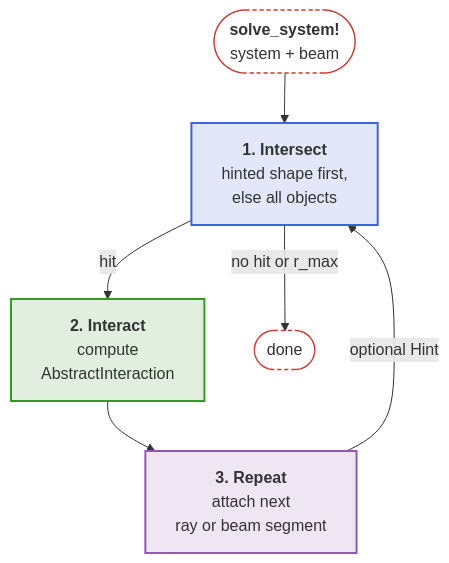
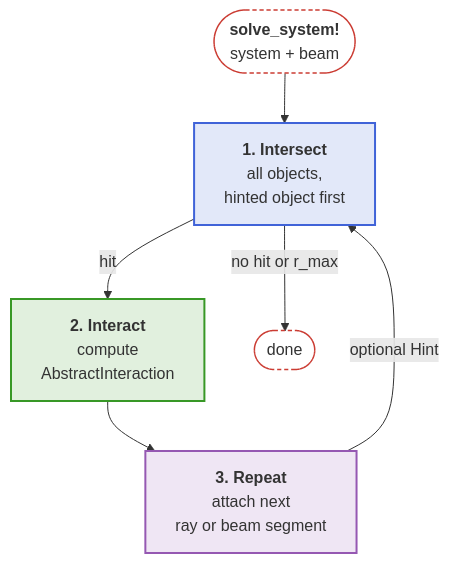
Before and after one commit to JuliaPhysics/BeamletOptics.jl: the diagram in docs/src/api/core.md, drawn with Mermaid. The commit also changed other lines of this file and 26 other files, not shown here.

````diff
--- a/docs/src/api/core.md
+++ b/docs/src/api/core.md
@@ -15,17 +15,17 @@
 ```mermaid
 flowchart TB
     S(["<b>solve_system!</b><br/>system + beam"]) --> I
-    I["<b>1. Intersect</b><br/>hinted shape first,<br/>else all objects"] -- hit --> X["<b>2. Interact</b><br/>compute<br/>AbstractInteraction"]
+    I["<b>1. Intersect</b><br/>all objects,<br/>hinted object first"] -- hit --> X["<b>2. Interact</b><br/>compute<br/>AbstractInteraction"]
     X --> R["<b>3. Repeat</b><br/>attach next<br/>ray or beam segment"]
     R -- "optional Hint" --> I
     I -- "no hit or r_max" --> E([done])
 
     classDef blue fill:#4063D826,stroke:#4063D8,stroke-width:2px
     classDef green fill:#38982626,stroke:#389826,stroke-width:2px
     classDef purple fill:#9558B226,stroke:#9558B2,stroke-width:2px
     classDef terminal fill:transparent,stroke:#CB3C33,stroke-width:1.5px,stroke-dasharray:4 3
     class I blue
     class X green
     class R purple
     class S,E terminal
 ```
````
